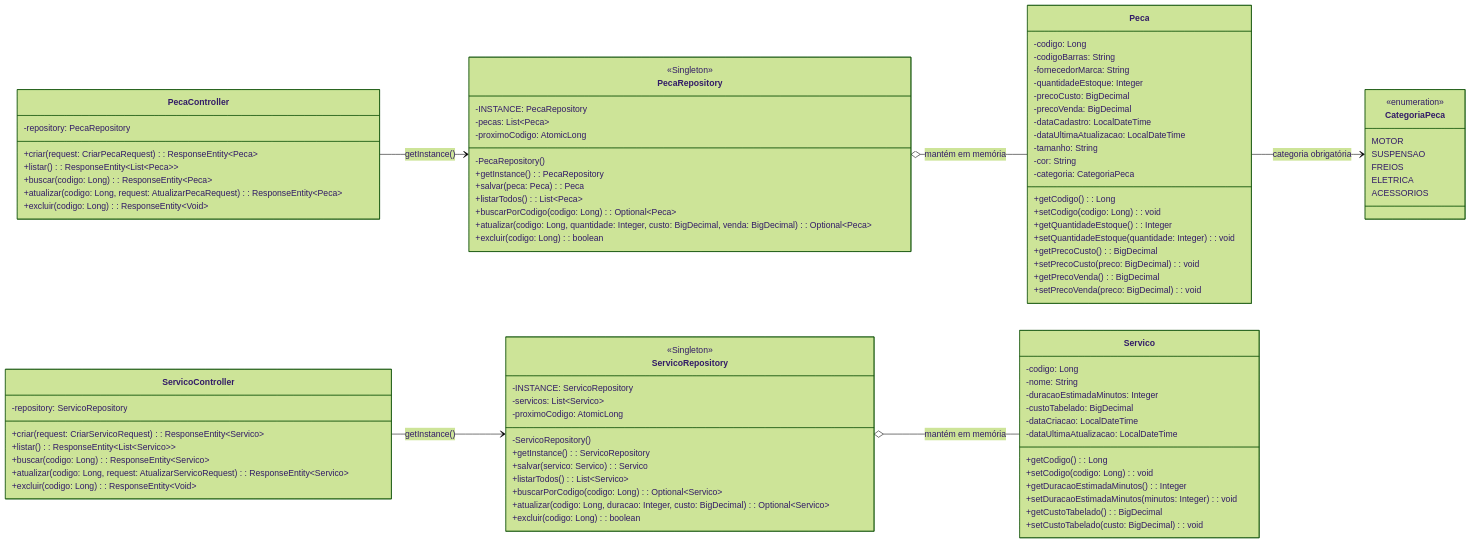
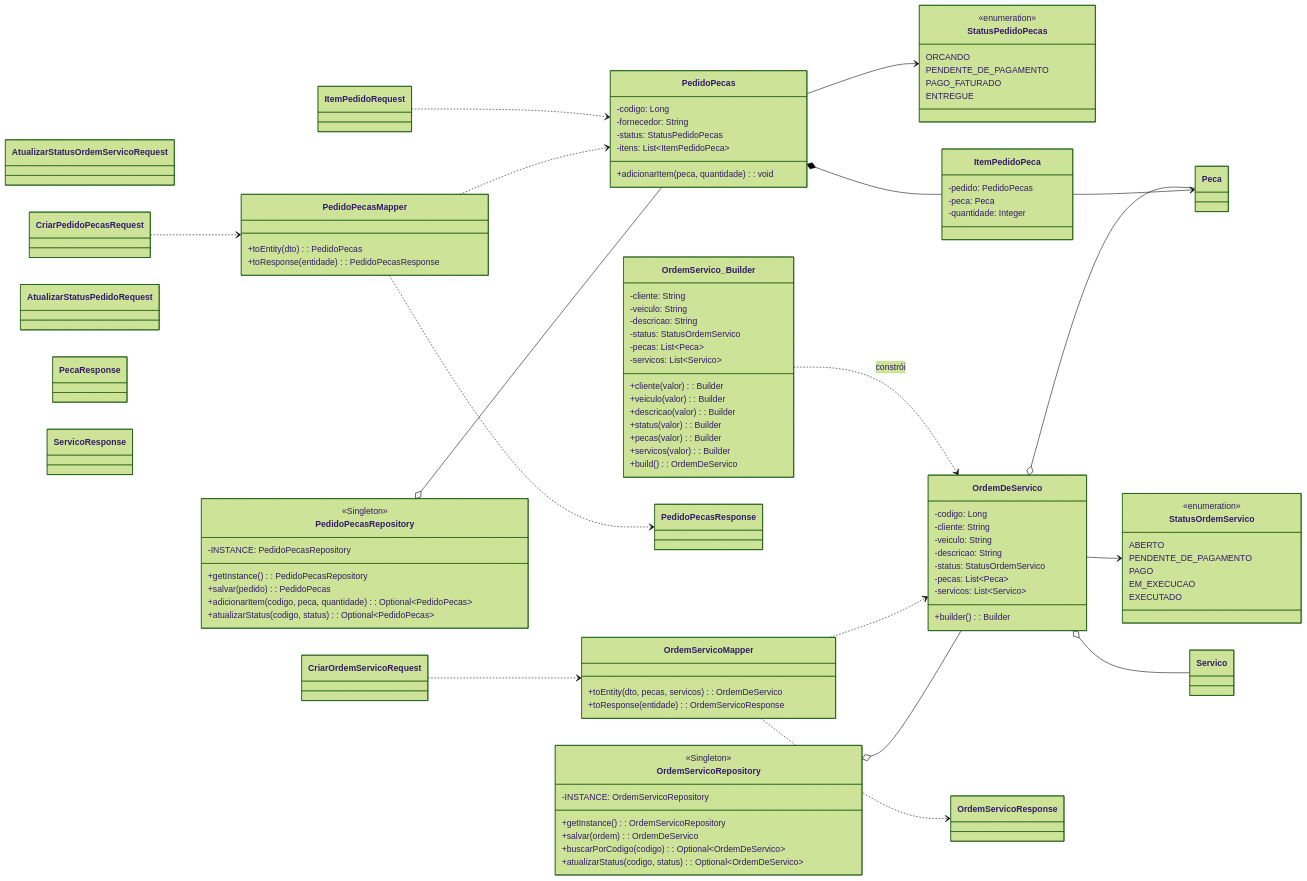
The diagram in docs/diagrama-classes.md (Gitthe05/mecaniQA-api-belo_horizonte), drawn with Mermaid (forest theme) before and after one commit. The commit also changed other lines of this file and 43 other files, not shown here.

````diff
--- a/docs/diagrama-classes.md
+++ b/docs/diagrama-classes.md
@@ -6,101 +7,112 @@
 classDiagram
     direction LR
 
-    class CategoriaPeca {
+    class StatusOrdemServico {
         <<enumeration>>
-        MOTOR
-        SUSPENSAO
-        FREIOS
-        ELETRICA
-        ACESSORIOS
+        ABERTO
+        PENDENTE_DE_PAGAMENTO
+        PAGO
+        EM_EXECUCAO
+        EXECUTADO
+    }
+    class StatusPedidoPecas {
+        <<enumeration>>
+        ORCANDO
+        PENDENTE_DE_PAGAMENTO
+        PAGO_FATURADO
+        ENTREGUE
+    }
+    class Peca
+    class Servico
+    class OrdemDeServico {
+        -codigo: Long
+        -cliente: String
+        -veiculo: String
+        -descricao: String
+        -status: StatusOrdemServico
+        -pecas: List~Peca~
+        -servicos: List~Servico~
+        +builder(): Builder
+    }
+    class OrdemServico_Builder {
+        -cliente: String
+        -veiculo: String
+        -descricao: String
+        -status: StatusOrdemServico
+        -pecas: List~Peca~
+        -servicos: List~Servico~
+        +cliente(valor): Builder
+        +veiculo(valor): Builder
+        +descricao(valor): Builder
+        +status(valor): Builder
+        +pecas(valor): Builder
+        +servicos(valor): Builder
+        +build(): OrdemDeServico
+    }
+    class PedidoPecas {
+        -codigo: Long
+        -fornecedor: String
+        -status: StatusPedidoPecas
+        -itens: List~ItemPedidoPeca~
+        +adicionarItem(peca, quantidade): void
+    }
+    class ItemPedidoPeca {
+        -pedido: PedidoPecas
+        -peca: Peca
+        -quantidade: Integer
     }
 
-    class Peca {
-        -codigo: Long
-        -codigoBarras: String
-        -fornecedorMarca: String
-        -quantidadeEstoque: Integer
-        -precoCusto: BigDecimal
-        -precoVenda: BigDecimal
-        -dataCadastro: LocalDateTime
-        -dataUltimaAtualizacao: LocalDateTime
-        -tamanho: String
-        -cor: String
-        -categoria: CategoriaPeca
-        +getCodigo(): Long
-        +setCodigo(codigo: Long): void
-        +getQuantidadeEstoque(): Integer
-        +setQuantidadeEstoque(quantidade: Integer): void
-        +getPrecoCusto(): BigDecimal
-        +setPrecoCusto(preco: BigDecimal): void
-        +getPrecoVenda(): BigDecimal
-        +setPrecoVenda(preco: BigDecimal): void
+    OrdemDeServico --> StatusOrdemServico
+    OrdemDeServico o-- Peca
+    OrdemDeServico o-- Servico
+    OrdemServico_Builder ..> OrdemDeServico : constrói
+    PedidoPecas --> StatusPedidoPecas
+    PedidoPecas *-- ItemPedidoPeca
+    ItemPedidoPeca --> Peca
+
+    class CriarOrdemServicoRequest
+    class AtualizarStatusOrdemServicoRequest
+    class OrdemServicoResponse
+    class CriarPedidoPecasRequest
+    class ItemPedidoRequest
+    class AtualizarStatusPedidoRequest
+    class PedidoPecasResponse
+    class PecaResponse
+    class ServicoResponse
+    class OrdemServicoMapper {
+        +toEntity(dto, pecas, servicos): OrdemDeServico
+        +toResponse(entidade): OrdemServicoResponse
+    }
+    class PedidoPecasMapper {
+        +toEntity(dto): PedidoPecas
+        +toResponse(entidade): PedidoPecasResponse
     }
 
-    class Servico {
-        -codigo: Long
-        -nome: String
-        -duracaoEstimadaMinutos: Integer
-        -custoTabelado: BigDecimal
-        -dataCriacao: LocalDateTime
-        -dataUltimaAtualizacao: LocalDateTime
-        +getCodigo(): Long
-        +setCodigo(codigo: Long): void
-        +getDuracaoEstimadaMinutos(): Integer
-        +setDuracaoEstimadaMinutos(minutos: Integer): void
-        +getCustoTabelado(): BigDecimal
-        +setCustoTabelado(custo: BigDecimal): void
+    CriarOrdemServicoRequest ..> OrdemServicoMapper
+    OrdemServicoMapper ..> OrdemDeServico
+    OrdemServicoMapper ..> OrdemServicoResponse
+    CriarPedidoPecasRequest ..> PedidoPecasMapper
+    ItemPedidoRequest ..> PedidoPecas
+    PedidoPecasMapper ..> PedidoPecas
+    PedidoPecasMapper ..> PedidoPecasResponse
+
+    class OrdemServicoRepository {
+        <<Singleton>>
+        -INSTANCE: OrdemServicoRepository
+        +getInstance(): OrdemServicoRepository
+        +salvar(ordem): OrdemDeServico
+        +buscarPorCodigo(codigo): Optional~OrdemDeServico~
+        +atualizarStatus(codigo, status): Optional~OrdemDeServico~
+    }
+    class PedidoPecasRepository {
+        <<Singleton>>
+        -INSTANCE: PedidoPecasRepository
+        +getInstance(): PedidoPecasRepository
+        +salvar(pedido): PedidoPecas
+        +adicionarItem(codigo, peca, quantidade): Optional~PedidoPecas~
+        +atualizarStatus(codigo, status): Optional~PedidoPecas~
     }
 
-    class PecaRepository {
-        <<Singleton>>
-        -INSTANCE: PecaRepository
-        -pecas: List~Peca~
-        -proximoCodigo: AtomicLong
-        -PecaRepository()
-        +getInstance(): PecaRepository
-        +salvar(peca: Peca): Peca
-        +listarTodos(): List~Peca~
-        +buscarPorCodigo(codigo: Long): Optional~Peca~
-        +atualizar(codigo: Long, quantidade: Integer, custo: BigDecimal, venda: BigDecimal): Optional~Peca~
-        +excluir(codigo: Long): boolean
-    }
-
-    class ServicoRepository {
-        <<Singleton>>
-        -INSTANCE: ServicoRepository
-        -servicos: List~Servico~
-        -proximoCodigo: AtomicLong
-        -ServicoRepository()
-        +getInstance(): ServicoRepository
-        +salvar(servico: Servico): Servico
-        +listarTodos(): List~Servico~
-        +buscarPorCodigo(codigo: Long): Optional~Servico~
-        +atualizar(codigo: Long, duracao: Integer, custo: BigDecimal): Optional~Servico~
-        +excluir(codigo: Long): boolean
-    }
-
-    class PecaController {
-        -repository: PecaRepository
-        +criar(request: CriarPecaRequest): ResponseEntity~Peca~
-        +listar(): ResponseEntity~List~Peca~~
-        +buscar(codigo: Long): ResponseEntity~Peca~
-        +atualizar(codigo: Long, request: AtualizarPecaRequest): ResponseEntity~Peca~
-        +excluir(codigo: Long): ResponseEntity~Void~
-    }
-
-    class ServicoController {
-        -repository: ServicoRepository
-        +criar(request: CriarServicoRequest): ResponseEntity~Servico~
-        +listar(): ResponseEntity~List~Servico~~
-        +buscar(codigo: Long): ResponseEntity~Servico~
-        +atualizar(codigo: Long, request: AtualizarServicoRequest): ResponseEntity~Servico~
-        +excluir(codigo: Long): ResponseEntity~Void~
-    }
-
-    Peca --> CategoriaPeca : categoria obrigatória
-    PecaRepository o-- Peca : mantém em memória
-    ServicoRepository o-- Servico : mantém em memória
-    PecaController --> PecaRepository : getInstance()
-    ServicoController --> ServicoRepository : getInstance()
+    OrdemServicoRepository o-- OrdemDeServico
+    PedidoPecasRepository o-- PedidoPecas
 ```
````
